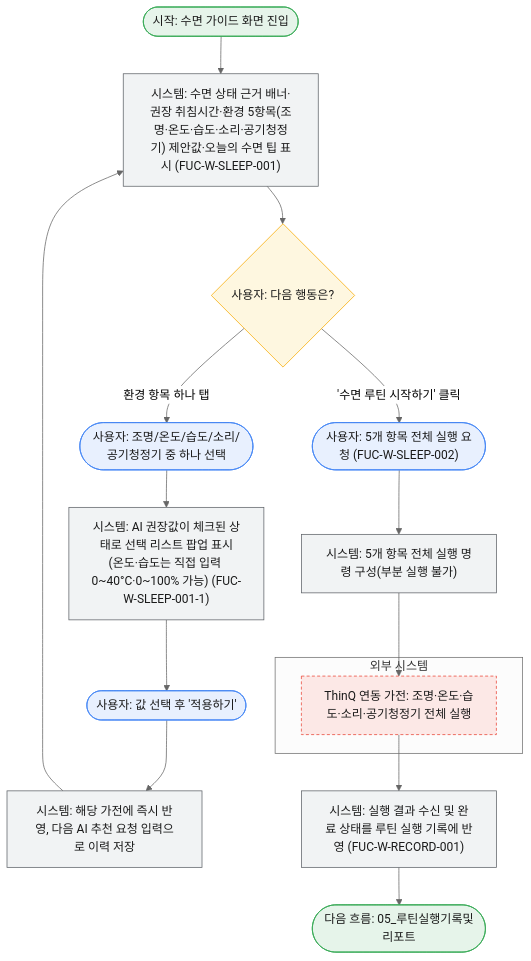
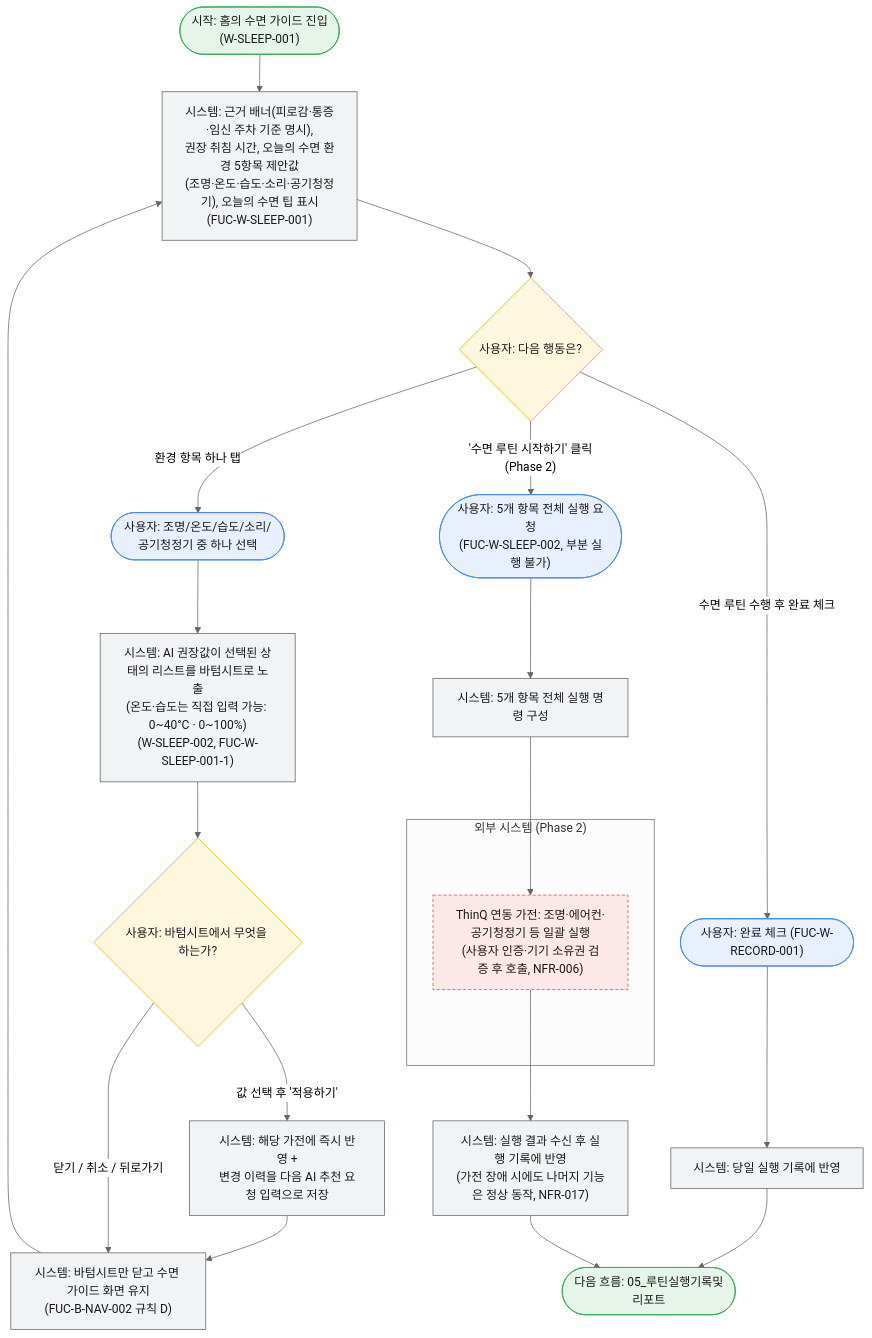
Before and after one commit to lgdxDORAEMI/PLM: the diagram in docs/서비스흐름도/07_수면가이드흐름.mmd, drawn with Mermaid (neutral theme). The commit also changed 10 other files, not shown here.

First line of the commit message:
서비스 흐름도 업데이트: 남편 오전 리포트 및 알림, 수면 가이드, 실시간 탭, 건강 가이드 추가

```diff
--- a/docs/서비스흐름도/07_수면가이드흐름.mmd
+++ b/docs/서비스흐름도/07_수면가이드흐름.mmd
@@ -1,31 +1,46 @@
-%% 서비스 흐름도: 수면 가이드 확인 및 실행
-%% 관련 기능: FUC-W-SLEEP-001(메인화면), FUC-W-SLEEP-001-1(환경설정팝업), FUC-W-SLEEP-002(전체실행), FUC-W-RECORD-001 / 관련 UC: UC3, UC6, UC11, UC12 (전제: UC3 루틴 생성 완료)
-%% UI 기준: AI가 추천한 5개 환경 항목(조명/온도/습도/소리/공기청정기)이 메인 화면에 항상 모두 노출된다.
-%%          항목 하나를 탭하면 그 항목만 값을 바꾸는 하단 팝업(FUC-W-SLEEP-001-1)이 뜬다.
-%%          '수면 루틴 시작하기'(FUC-W-SLEEP-002)는 5개 항목 전체를 한 번에 실행하며, 일부만 선택해 실행하는 것은 지원하지 않는다.
+%% 서비스 흐름도: 수면 가이드 확인 및 환경 설정
+%% 관련 기능: FUC-W-SLEEP-001(메인 화면), FUC-W-SLEEP-001-1(환경 항목 설정 바텀시트),
+%%           FUC-W-SLEEP-002(수면 루틴 시작 = 전체 가전 실행, Phase 2), FUC-W-RECORD-001, FUC-B-NAV-002 규칙 D
+%% 관련 UC: UC3, UC6, UC11, UC12 (전제: UC3 루틴 생성 완료)
+%% 핵심 규칙:
+%%   - 판단 근거는 **당일 컨디션의 '피로감' 값 + 통증 값 + 임신 주차**다.
+%%     컨디션 입력에 수면 관련 항목이 없으므로 '어젯밤 수면 기록'은 근거에서 삭제한다.
+%%   - 환경 5항목(조명·온도·습도·소리·공기청정기)은 메인 화면에 항상 모두 노출되고,
+%%     항목 하나를 탭하면 그 항목만 바꾸는 **바텀시트(W-SLEEP-002)**가 뜬다. 새 전체 화면으로 이동하지 않는다.
+%%   - 적용하기·닫기·취소·뒤로가기 어느 경우에도 바텀시트만 닫히고 수면 가이드 화면은 유지된다(FUC-B-NAV-002 규칙 D).
+%%   - '수면 루틴 시작하기'(FUC-W-SLEEP-002, 전체 가전 일괄 실행)는 **MVP 제외(Phase 2)**다. 부분 실행은 지원하지 않는다.
 flowchart TD
     classDef user fill:#E8F0FE,stroke:#4285F4,color:#1a1a1a;
     classDef system fill:#F1F3F4,stroke:#5f6368,color:#1a1a1a;
     classDef decision fill:#FEF7E0,stroke:#F9AB00,color:#1a1a1a;
     classDef terminal fill:#E6F4EA,stroke:#34A853,color:#1a1a1a;
     classDef external fill:#FCE8E6,stroke:#EA4335,color:#1a1a1a,stroke-dasharray: 4 3;
 
-    Start(["시작: 수면 가이드 화면 진입"]):::terminal --> A["시스템: 수면 상태 근거 배너·권장 취침시간·환경 5항목(조명·온도·습도·소리·공기청정기) 제안값·오늘의 수면 팁 표시 (FUC-W-SLEEP-001)"]:::system
+    Start(["시작: 홈의 수면 가이드 진입<br/>(W-SLEEP-001)"]):::terminal --> A["시스템: 근거 배너(피로감·통증·임신 주차 기준 명시),<br/>권장 취침 시간, 오늘의 수면 환경 5항목 제안값<br/>(조명·온도·습도·소리·공기청정기), 오늘의 수면 팁 표시<br/>(FUC-W-SLEEP-001)"]:::system
     A --> B{"사용자: 다음 행동은?"}:::decision
 
-    B -- 환경 항목 하나 탭 --> P(["사용자: 조명/온도/습도/소리/공기청정기 중 하나 선택"]):::user
-    P --> Q["시스템: AI 권장값이 체크된 상태로 선택 리스트 팝업 표시<br/>(온도·습도는 직접 입력 0~40°C·0~100% 가능) (FUC-W-SLEEP-001-1)"]:::system
-    Q --> R(["사용자: 값 선택 후 '적용하기'"]):::user
-    R --> T["시스템: 해당 가전에 즉시 반영, 다음 AI 추천 요청 입력으로 이력 저장"]:::system
-    T --> A
+    %% ── 항목별 설정 바텀시트 ─────────────────────────────
+    B -- "환경 항목 하나 탭" --> P(["사용자: 조명/온도/습도/소리/공기청정기 중 하나 선택"]):::user
+    P --> Q["시스템: AI 권장값이 선택된 상태의 리스트를 바텀시트로 노출<br/>(온도·습도는 직접 입력 가능: 0~40°C · 0~100%)<br/>(W-SLEEP-002, FUC-W-SLEEP-001-1)"]:::system
+    Q --> R{"사용자: 바텀시트에서 무엇을 하는가?"}:::decision
+    R -- "값 선택 후 '적용하기'" --> T["시스템: 해당 가전에 즉시 반영 +<br/>변경 이력을 다음 AI 추천 요청 입력으로 저장"]:::system
+    T --> CloseBS["시스템: 바텀시트만 닫고 수면 가이드 화면 유지<br/>(FUC-B-NAV-002 규칙 D)"]:::system
+    R -- "닫기 / 취소 / 뒤로가기" --> CloseBS
+    CloseBS --> A
 
-    B -- '수면 루틴 시작하기' 클릭 --> F(["사용자: 5개 항목 전체 실행 요청 (FUC-W-SLEEP-002)"]):::user
-    F --> G["시스템: 5개 항목 전체 실행 명령 구성(부분 실행 불가)"]:::system
+    %% ── 완료 체크 ─────────────────────────────
+    B -- "수면 루틴 수행 후 완료 체크" --> Rec(["사용자: 완료 체크 (FUC-W-RECORD-001)"]):::user
+    Rec --> RecS["시스템: 당일 실행 기록에 반영"]:::system
+    RecS --> End(["다음 흐름: 05_루틴실행기록및리포트"]):::terminal
 
-    subgraph EXT["외부 시스템"]
-        H["ThinQ 연동 가전: 조명·온도·습도·소리·공기청정기 전체 실행"]:::external
+    %% ── Phase 2: 전체 가전 실행 ─────────────────────────────
+    B -- "'수면 루틴 시작하기' 클릭<br/>(Phase 2)" --> F(["사용자: 5개 항목 전체 실행 요청<br/>(FUC-W-SLEEP-002, 부분 실행 불가)"]):::user
+    F --> G["시스템: 5개 항목 전체 실행 명령 구성"]:::system
+
+    subgraph EXT["외부 시스템 (Phase 2)"]
+        H["ThinQ 연동 가전: 조명·에어컨·공기청정기 등 일괄 실행<br/>(사용자 인증·기기 소유권 검증 후 호출, NFR-006)"]:::external
     end
 
     G --> H
-    H --> I["시스템: 실행 결과 수신 및 완료 상태를 루틴 실행 기록에 반영 (FUC-W-RECORD-001)"]:::system
-    I --> End(["다음 흐름: 05_루틴실행기록및리포트"]):::terminal
+    H --> I["시스템: 실행 결과 수신 후 실행 기록에 반영<br/>(가전 장애 시에도 나머지 기능은 정상 동작, NFR-017)"]:::system
+    I --> End
```
